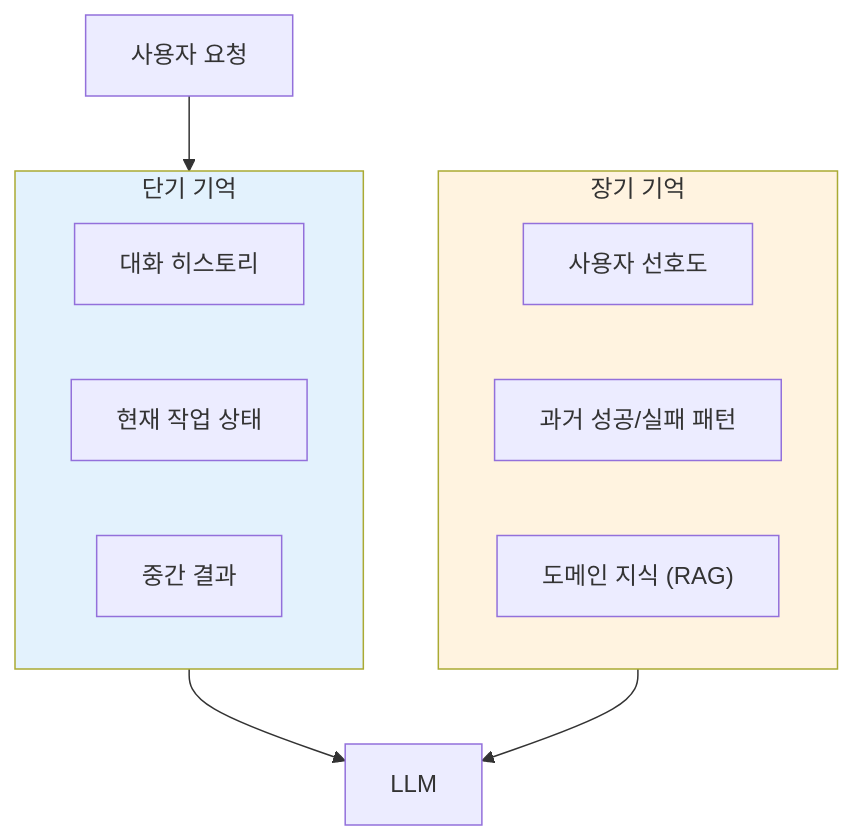
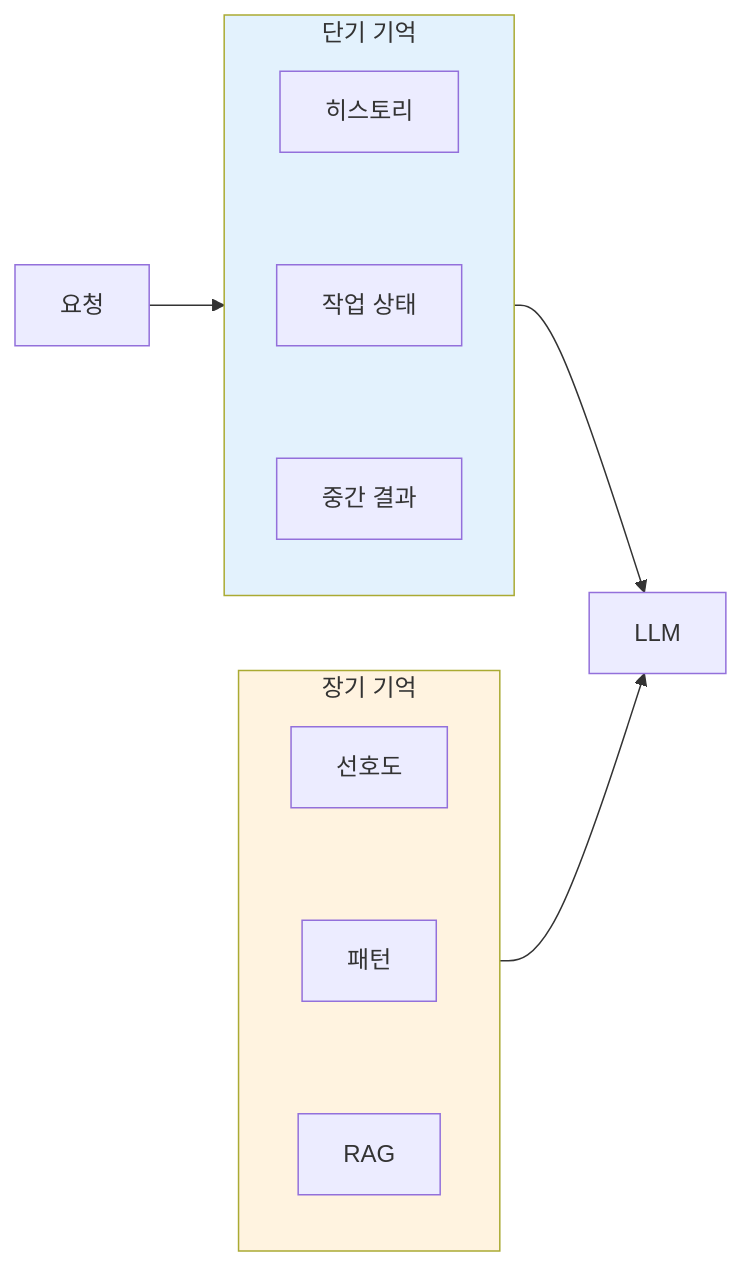
The fourth of 9 diagrams in content/posts/2025-10-01-ai-agent-architecture-fundamentals.md (Gyeom/dev-notes), drawn with Mermaid before and after one commit. The commit also changed other lines of this file and 7 other files, not shown here.

First line of the commit message:
Fix: 전체 포스트 Mermaid 다이어그램 가로 배치 적용

````diff
--- a/content/posts/2025-10-01-ai-agent-architecture-fundamentals.md
+++ b/content/posts/2025-10-01-ai-agent-architecture-fundamentals.md
@@ -127,21 +118,17 @@
 ```mermaid
-flowchart TB
+flowchart LR
     subgraph ShortTerm["단기 기억"]
-        ST1["대화 히스토리"]
-        ST2["현재 작업 상태"]
-        ST3["중간 결과"]
+        ST1["히스토리"] ~~~ ST2["작업 상태"] ~~~ ST3["중간 결과"]
     end
 
     subgraph LongTerm["장기 기억"]
-        LT1["사용자 선호도"]
-        LT2["과거 성공/실패 패턴"]
-        LT3["도메인 지식 (RAG)"]
+        LT1["선호도"] ~~~ LT2["패턴"] ~~~ LT3["RAG"]
     end
 
-    User["사용자 요청"] --> ShortTerm
-    ShortTerm --> LLM["LLM"]
+    User["요청"] --> ShortTerm
+    ShortTerm --> LLM
     LongTerm --> LLM
 
     style ShortTerm fill:#E3F2FD
     style LongTerm fill:#FFF3E0
 ```
````
